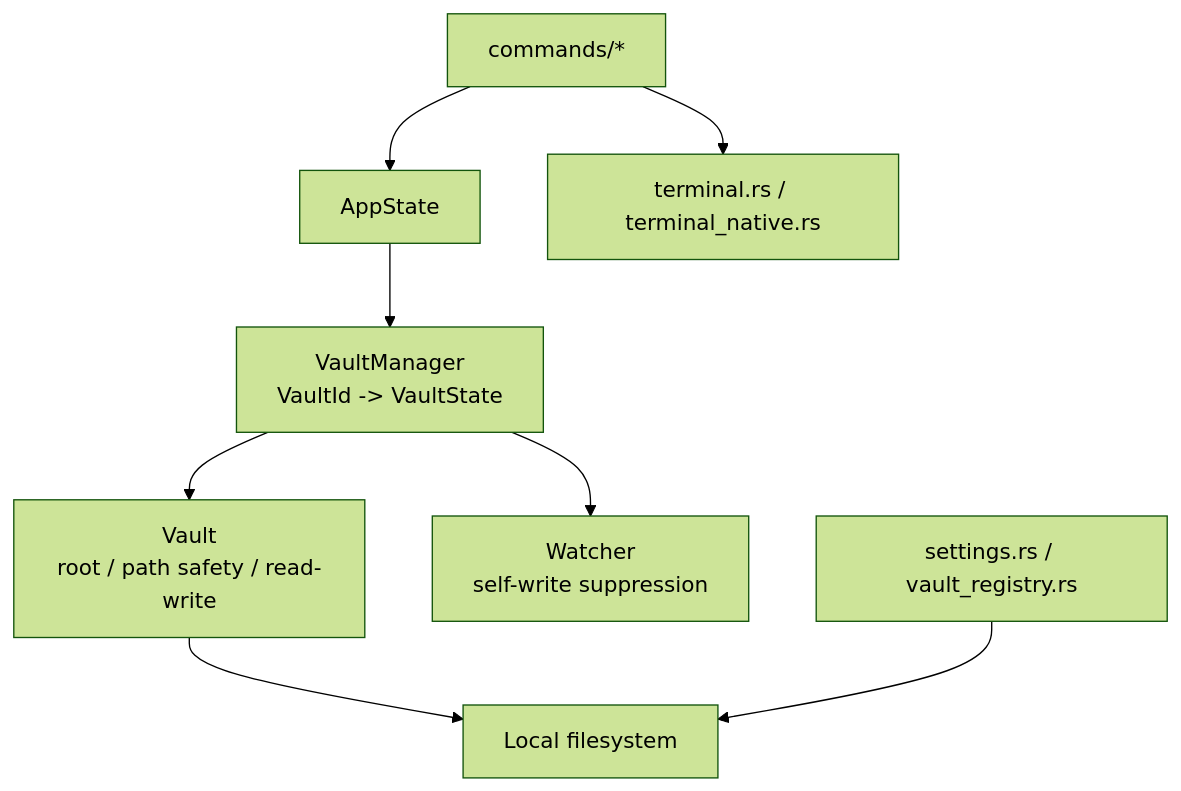
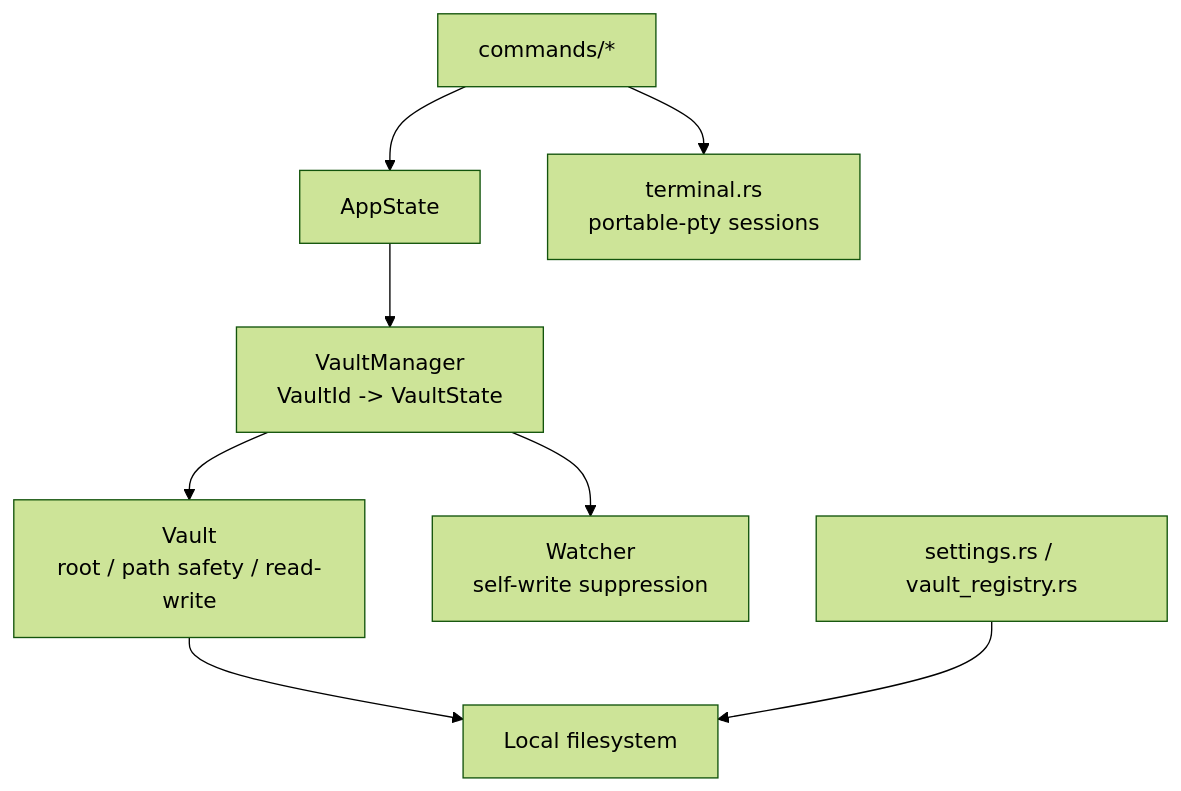
The third of 6 diagrams in docs/app-runtime-architecture.md (ByeongGi/munix), drawn with Mermaid (forest theme) before and after one commit. The commit also changed other lines of this file and 28 other files, not shown here.

````diff
--- a/docs/app-runtime-architecture.md
+++ b/docs/app-runtime-architecture.md
@@ -77,19 +75,19 @@
 ```mermaid
 flowchart TB
   Commands["commands/*"]
   AppState["AppState"]
   VaultManager["VaultManager<br/>VaultId -> VaultState"]
   Vault["Vault<br/>root / path safety / read-write"]
   Watcher["Watcher<br/>self-write suppression"]
   Settings["settings.rs / vault_registry.rs"]
-  Terminal["terminal.rs / terminal_native.rs"]
+  Terminal["terminal.rs<br/>portable-pty sessions"]
   Fs["Local filesystem"]
 
   Commands --> AppState
   AppState --> VaultManager
   VaultManager --> Vault
   Vault --> Fs
   VaultManager --> Watcher
   Settings --> Fs
   Commands --> Terminal
 ```
````
